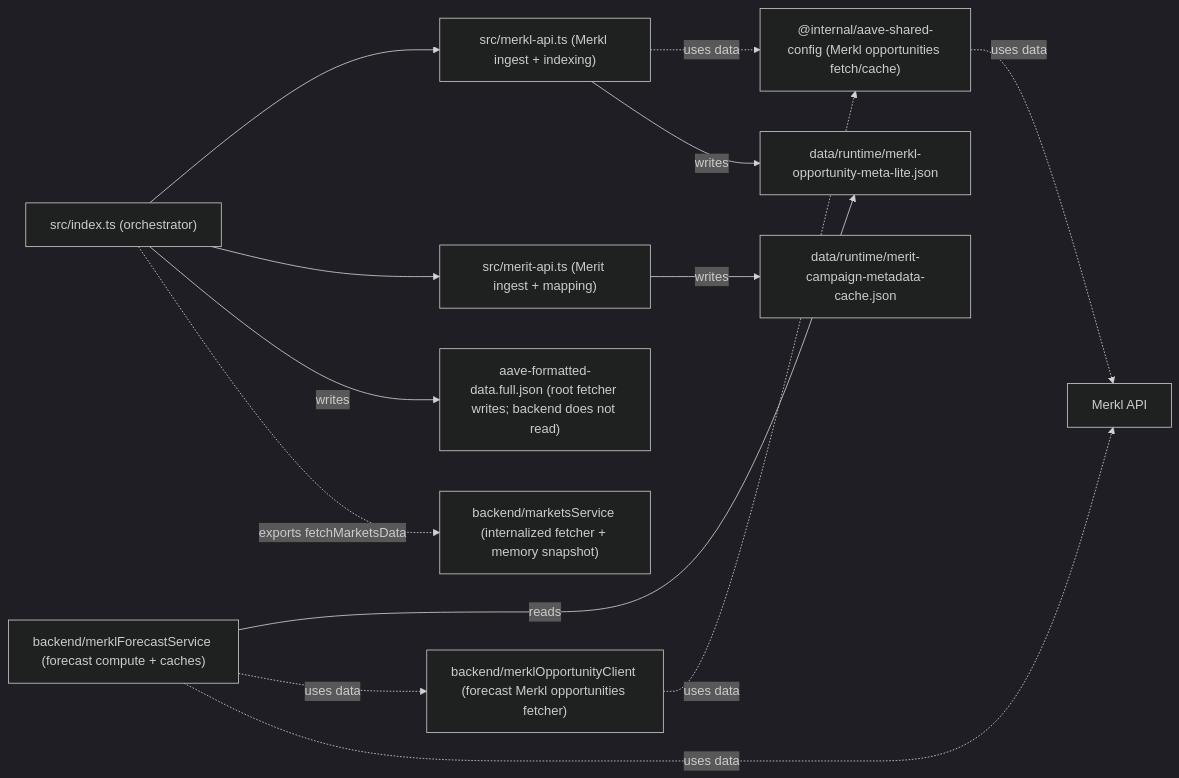
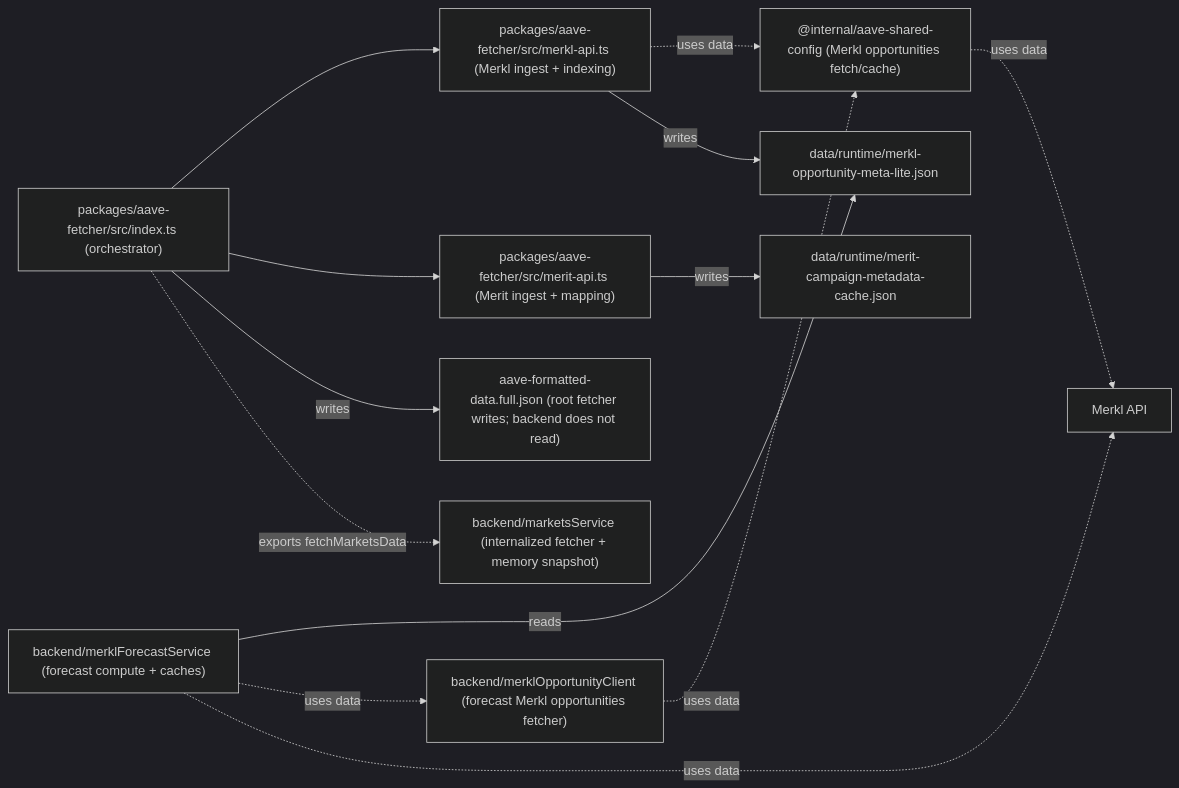
The first of 5 diagrams in docs/merkl-merit-cache-architecture.md (0xPabloLI/aave-protocol-analysis), drawn with Mermaid (dark theme) before and after one commit. The commit also changed other lines of this file and 14 other files, not shown here.

````diff
--- a/docs/merkl-merit-cache-architecture.md
+++ b/docs/merkl-merit-cache-architecture.md
@@ -30,28 +30,28 @@
 ```mermaid
 flowchart LR
-  IDX["src/index.ts (orchestrator)"]
-  MERKL["src/merkl-api.ts (Merkl ingest + indexing)"]
-  MERIT["src/merit-api.ts (Merit ingest + mapping)"]
+  IDX["packages/aave-fetcher/src/index.ts (orchestrator)"]
+  MERKL["packages/aave-fetcher/src/merkl-api.ts (Merkl ingest + indexing)"]
+  MERIT["packages/aave-fetcher/src/merit-api.ts (Merit ingest + mapping)"]
   SHARED["@internal/aave-shared-config (Merkl opportunities fetch/cache)"]
   MKS["backend/marketsService (internalized fetcher + memory snapshot)"]
   FCS["backend/merklForecastService (forecast compute + caches)"]
   MOC["backend/merklOpportunityClient (forecast Merkl opportunities fetcher)"]
   MKLITE["data/runtime/merkl-opportunity-meta-lite.json"]
   MARKETS["aave-formatted-data.full.json (root fetcher writes; backend does not read)"]
   TIMER["data/runtime/merit-campaign-metadata-cache.json"]
   MERKLAPI["Merkl API"]
 
   IDX --> MERKL
   IDX --> MERIT
   MERKL -. "uses data" .-> SHARED
   SHARED -. "uses data" .-> MERKLAPI
   MERKL -- "writes" --> MKLITE
    IDX -- "writes" --> MARKETS
   MERIT -- "writes" --> TIMER
 
   IDX -. "exports fetchMarketsData" .-> MKS
   FCS -- "reads" --> MKLITE
   FCS -. "uses data" .-> MOC
   MOC -. "uses data" .-> SHARED
   FCS -. "uses data" .-> MERKLAPI
 ```
````
